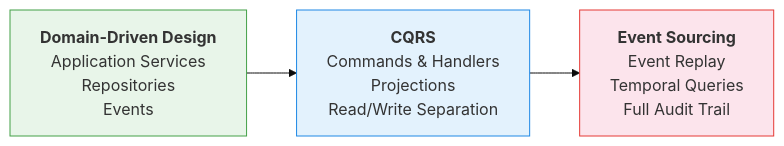
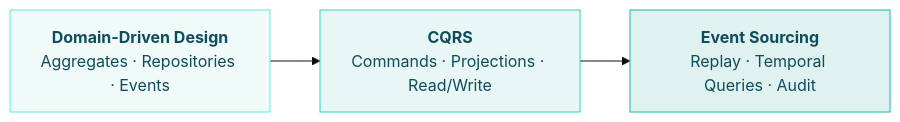
The diagram in docs/guides/index.md (proteanhq/protean), drawn with Mermaid (base theme) before and after one commit. The commit also changed 4 other files, not shown here.

````diff
--- a/docs/guides/index.md
+++ b/docs/guides/index.md
@@ -19,12 +19,12 @@
 ```mermaid
 graph LR
-    DDD["<strong>Domain-Driven Design</strong><br/>Application Services<br/>Repositories<br/>Events"]
-    CQRS["<strong>CQRS</strong><br/>Commands & Handlers<br/>Projections<br/>Read/Write Separation"]
-    ES["<strong>Event Sourcing</strong><br/>Event Replay<br/>Temporal Queries<br/>Full Audit Trail"]
+    DDD["<strong>Domain-Driven Design</strong><br/>Aggregates · Repositories · Events"]
+    CQRS["<strong>CQRS</strong><br/>Commands · Projections · Read/Write"]
+    ES["<strong>Event Sourcing</strong><br/>Replay · Temporal Queries · Audit"]
 
     DDD --> CQRS --> ES
 
-    style DDD fill:#e8f5e9,stroke:#43a047
-    style CQRS fill:#e3f2fd,stroke:#1e88e5
-    style ES fill:#fce4ec,stroke:#e53935
+    style DDD fill:#f0faf9,stroke:#5EEAD4,stroke-width:1px,color:#0F4C5C
+    style CQRS fill:#e8f6f5,stroke:#2DD4BF,stroke-width:1px,color:#0F4C5C
+    style ES fill:#e0f2f0,stroke:#14B8A6,stroke-width:1px,color:#0F4C5C
 ```
````
